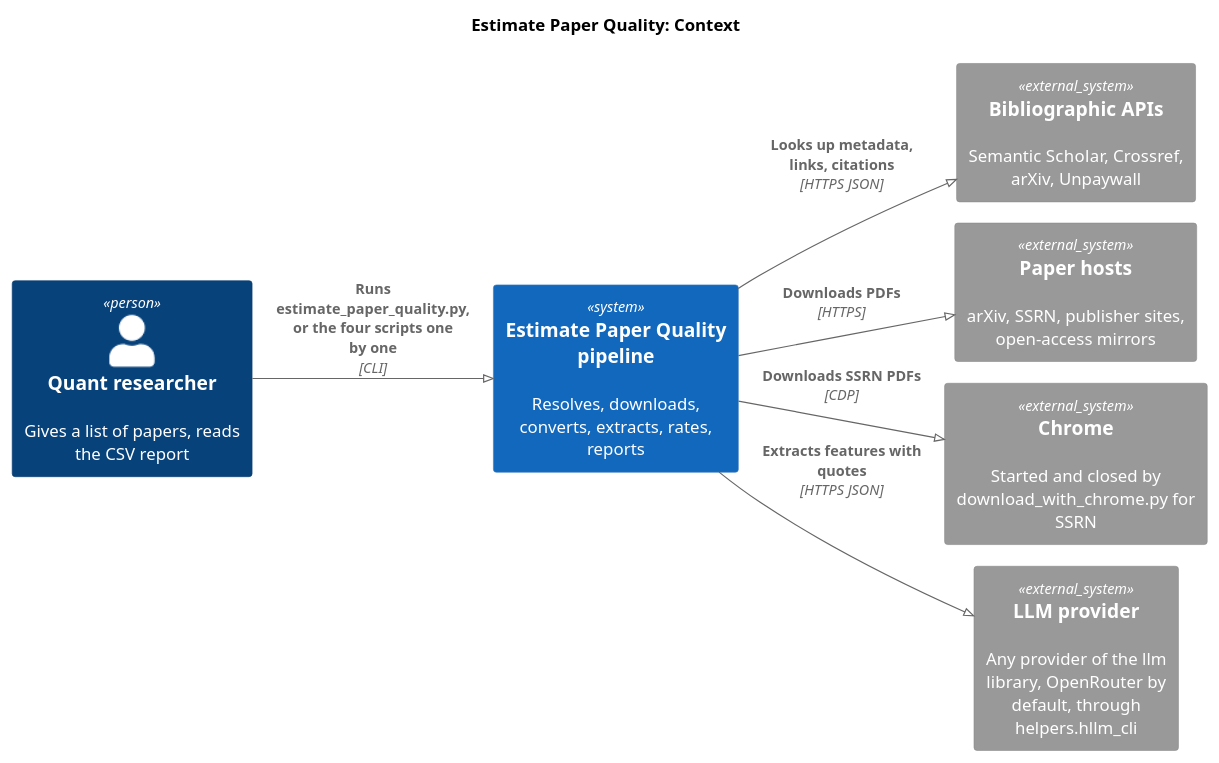
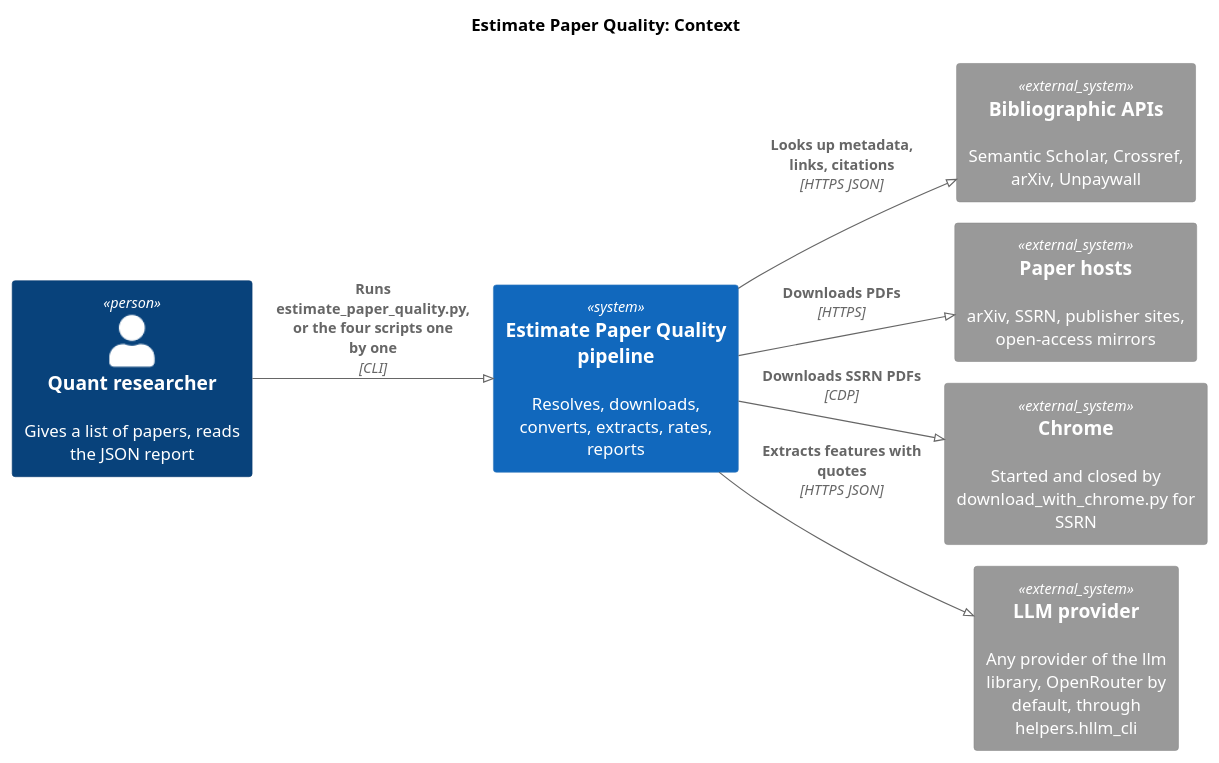
The first of 2 diagrams in research/Estimate_academic_paper_quality/docs/02-design.architecture.md (gpsaggese/gpsaggese.github.io), drawn with PlantUML before and after one commit. The commit also changed other lines of this file and 47 other files, not shown here.

````diff
--- a/research/Estimate_academic_paper_quality/docs/02-design.architecture.md
+++ b/research/Estimate_academic_paper_quality/docs/02-design.architecture.md
@@ -56,17 +56,17 @@
 ```plantuml
 !pragma layout smetana
 !include <C4/C4_Context>
 LAYOUT_LEFT_RIGHT()
 title Estimate Paper Quality: Context
-Person(user, "Quant researcher", "Gives a list of papers, reads the CSV report")
+Person(user, "Quant researcher", "Gives a list of papers, reads the JSON report")
 System(epq, "Estimate Paper Quality pipeline", "Resolves, downloads, converts, extracts, rates, reports")
 System_Ext(bib, "Bibliographic APIs", "Semantic Scholar, Crossref, arXiv, Unpaywall")
 System_Ext(sites, "Paper hosts", "arXiv, SSRN, publisher sites, open-access mirrors")
 System_Ext(chrome, "Chrome", "Started and closed by download_with_chrome.py for SSRN")
 System_Ext(llm, "LLM provider", "Any provider of the llm library, OpenRouter by default, through helpers.hllm_cli")
 Rel(user, epq, "Runs estimate_paper_quality.py, or the four scripts one by one", "CLI")
 Rel(epq, bib, "Looks up metadata, links, citations", "HTTPS JSON")
 Rel(epq, sites, "Downloads PDFs", "HTTPS")
 Rel(epq, chrome, "Downloads SSRN PDFs", "CDP")
 Rel(epq, llm, "Extracts features with quotes", "HTTPS JSON")
 ```
````
